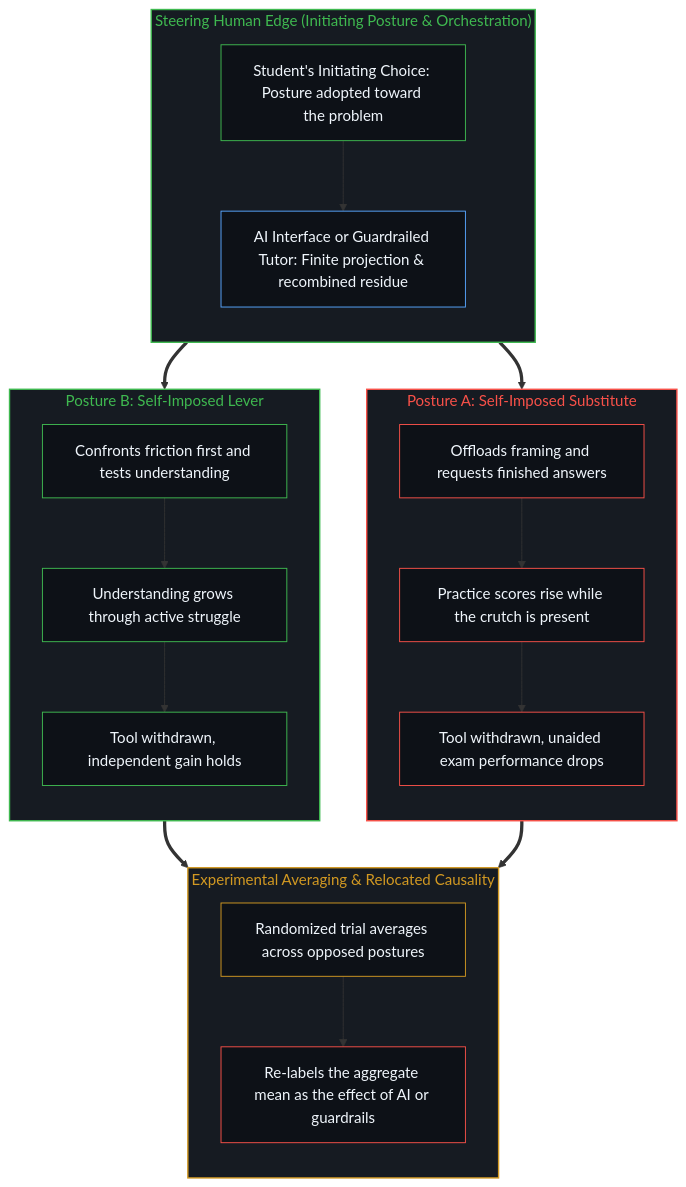
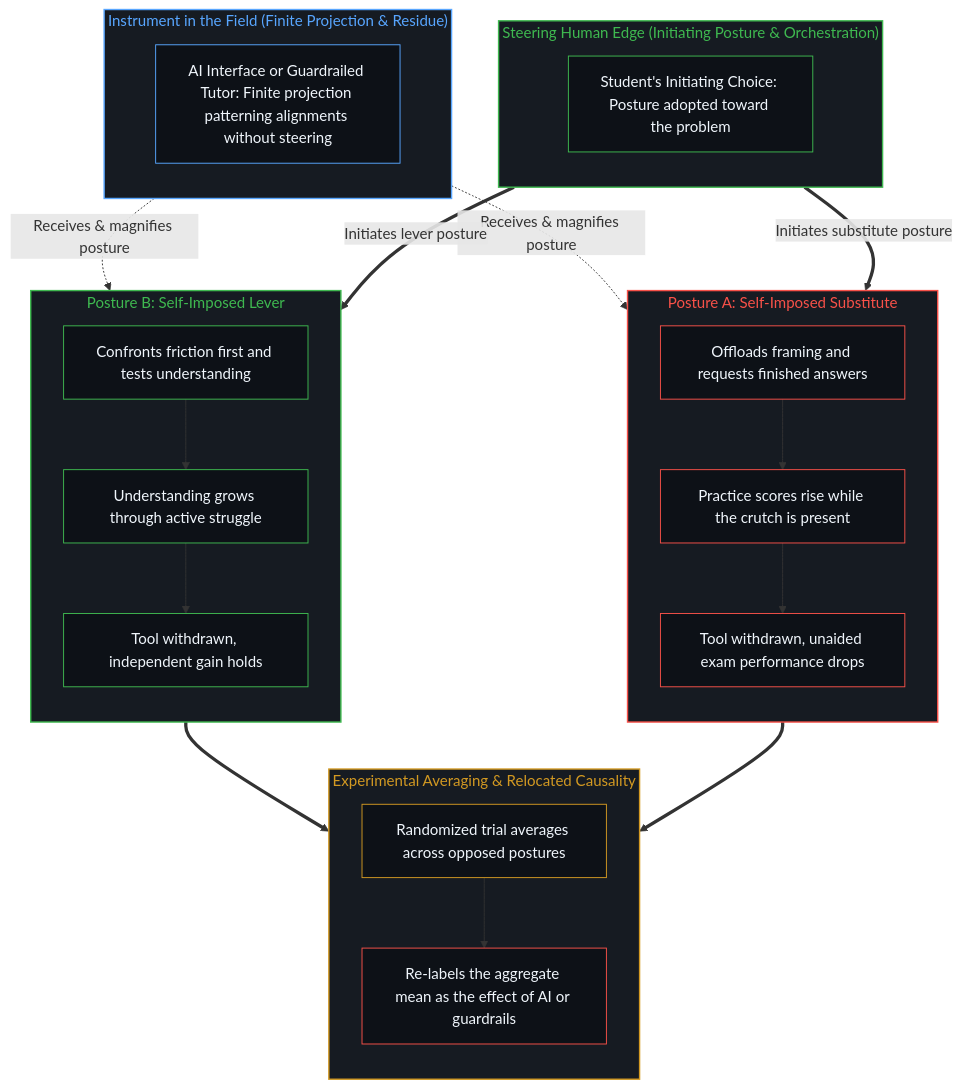
One commit to powerpig99/not-a-toe changed the second of 2 diagrams in content/posts/studying-the-effect-of-ai-relocates-causality.md. Above: the diagram before and after it, drawn with Mermaid. The commit also changed other lines of this file and 5 other files, not shown here.

````diff
--- a/content/posts/studying-the-effect-of-ai-relocates-causality.md
+++ b/content/posts/studying-the-effect-of-ai-relocates-causality.md
@@ -87,47 +92,52 @@
 ```mermaid
 flowchart TD
     subgraph S_Edge["Steering Human Edge (Initiating Posture & Orchestration)"]
         direction TB
         E_Posture["Student's Initiating Choice: Posture adopted toward the problem"]
-        E_Tool["AI Interface or Guardrailed Tutor: Finite projection & recombined residue"]
-        E_Posture --> E_Tool
+    end
+    subgraph S_Inst["Instrument in the Field (Finite Projection & Residue)"]
+        direction TB
+        E_Tool["AI Interface or Guardrailed Tutor: Finite projection patterning alignments without steering"]
     end
     subgraph S_Sub["Posture A: Self-Imposed Substitute"]
         direction TB
         A1["Offloads framing and requests finished answers"]
         A2["Practice scores rise while the crutch is present"]
         A3["Tool withdrawn, unaided exam performance drops"]
         A1 --> A2 --> A3
     end
     subgraph S_Lev["Posture B: Self-Imposed Lever"]
         direction TB
         B1["Confronts friction first and tests understanding"]
         B2["Understanding grows through active struggle"]
         B3["Tool withdrawn, independent gain holds"]
         B1 --> B2 --> B3
     end
     subgraph S_RCT["Experimental Averaging & Relocated Causality"]
         direction TB
         M1["Randomized trial averages across opposed postures"]
         M2["Re-labels the aggregate mean as the effect of AI or guardrails"]
         M1 --> M2
     end
-    E_Tool ==> A1
-    E_Tool ==> B1
+    E_Posture ==>|"Initiates substitute posture"| A1
+    E_Posture ==>|"Initiates lever posture"| B1
+    E_Tool -.->|"Receives & magnifies posture"| A1
+    E_Tool -.->|"Receives & magnifies posture"| B1
     A3 ==> M1
     B3 ==> M1
     style S_Edge fill:#161b22,stroke:#3fb950,stroke-width:1.5px,color:#3fb950
+    style S_Inst fill:#161b22,stroke:#58a6ff,stroke-width:1.5px,color:#58a6ff
     style S_Sub fill:#161b22,stroke:#f85149,stroke-width:1.5px,color:#f85149
     style S_Lev fill:#161b22,stroke:#3fb950,stroke-width:1.5px,color:#3fb950
     style S_RCT fill:#161b22,stroke:#d29922,stroke-width:1.5px,color:#d29922
     style E_Posture fill:#0d1117,stroke:#3fb950,stroke-width:1px,color:#f0f6fc
     style E_Tool fill:#0d1117,stroke:#58a6ff,stroke-width:1px,color:#f0f6fc
     style A1 fill:#0d1117,stroke:#f85149,stroke-width:1px,color:#f0f6fc
     style A2 fill:#0d1117,stroke:#f85149,stroke-width:1px,color:#f0f6fc
     style A3 fill:#0d1117,stroke:#f85149,stroke-width:1px,color:#f0f6fc
     style B1 fill:#0d1117,stroke:#3fb950,stroke-width:1px,color:#f0f6fc
     style B2 fill:#0d1117,stroke:#3fb950,stroke-width:1px,color:#f0f6fc
     style B3 fill:#0d1117,stroke:#3fb950,stroke-width:1px,color:#f0f6fc
     style M1 fill:#0d1117,stroke:#d29922,stroke-width:1px,color:#f0f6fc
     style M2 fill:#0d1117,stroke:#f85149,stroke-width:1px,color:#f0f6fc
 ```
````
